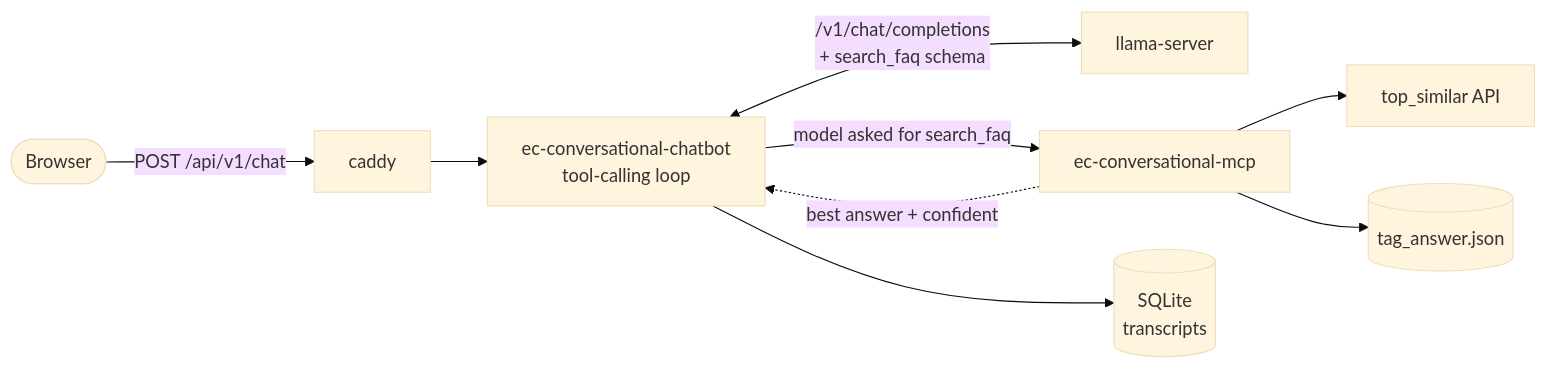
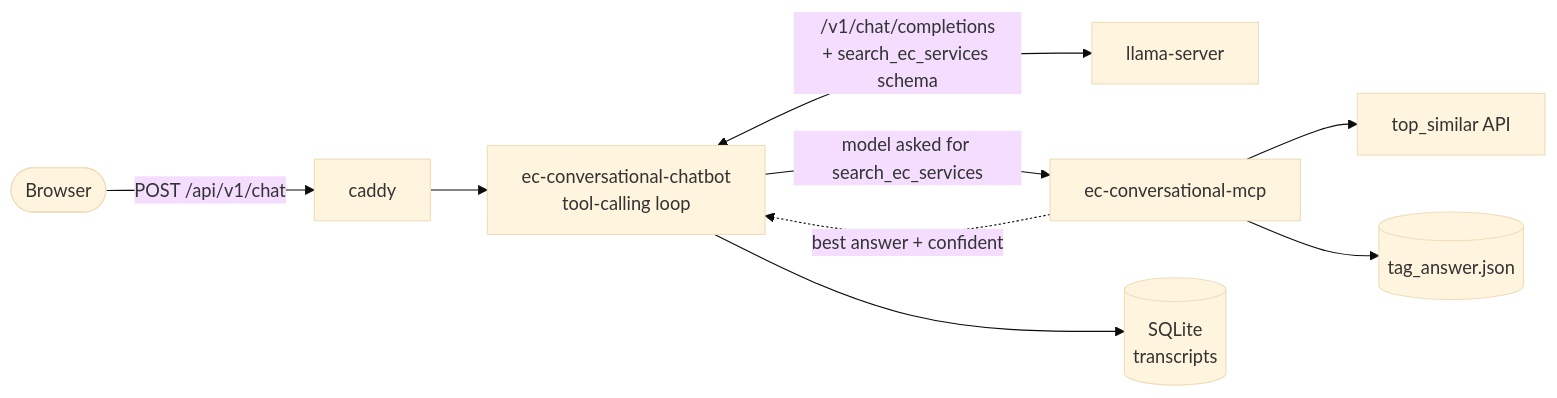
One commit to sayed-shaun/ec-conversational-chatbot changed the diagram in README.md. Above: the diagram before and after it, drawn with Mermaid (base theme). The commit also changed other lines of this file and 7 other files, not shown here.

First line of the commit message:
Rename the MCP tool to search_ec_services

````diff
--- a/README.md
+++ b/README.md
@@ -57,11 +57,11 @@
 ```mermaid
 flowchart LR
     B([Browser]) -->|"POST /api/v1/chat"| CADDY["caddy"]
     CADDY --> BOT["ec-conversational-chatbot<br/>tool-calling loop"]
-    BOT <-->|"/v1/chat/completions<br/>+ search_faq schema"| LLM["llama-server"]
-    BOT -->|"model asked for search_faq"| MCP["ec-conversational-mcp"]
+    BOT <-->|"/v1/chat/completions<br/>+ search_ec_services schema"| LLM["llama-server"]
+    BOT -->|"model asked for search_ec_services"| MCP["ec-conversational-mcp"]
     MCP --> SIM["top_similar API"]
     MCP --> TAG[("tag_answer.json")]
     MCP -.->|"best answer + confident"| BOT
     BOT --> DB[("SQLite<br/>transcripts")]
 ```
````
